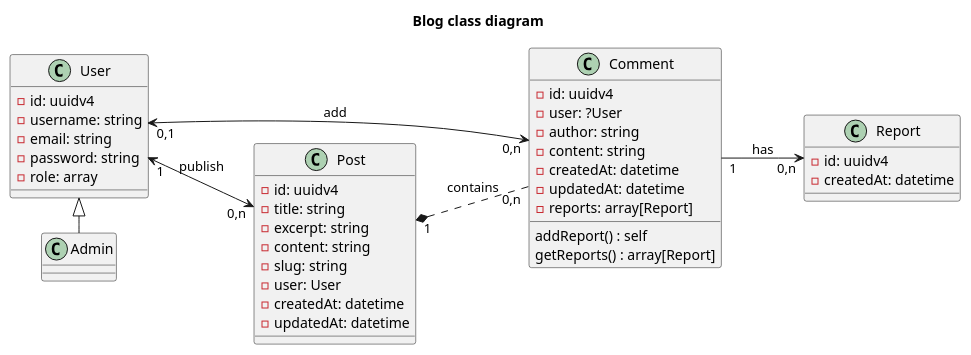
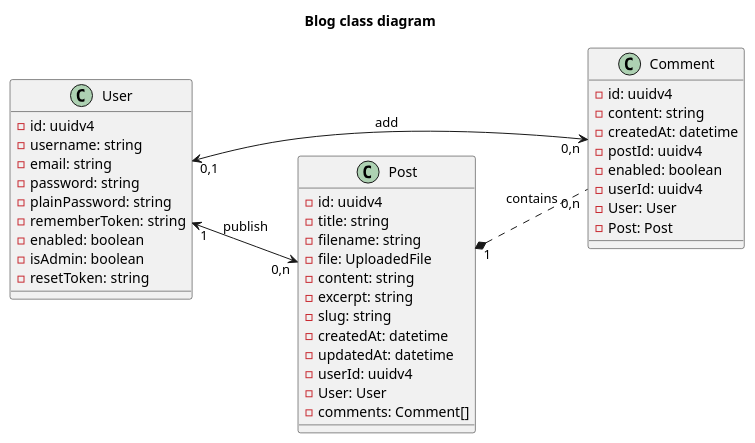
One commit to acecconato/AnthonyCecconato_5_18102021 changed the diagram in docs/puml/class/blog.puml. Above: the diagram before and after it, drawn with PlantUML. The commit also changed 46 other files, not shown here.

```diff
--- a/docs/puml/class/blog.puml
+++ b/docs/puml/class/blog.puml
@@ -1,57 +1,52 @@
 @startuml
 left to right direction
 
 title Blog class diagram
 
 class Comment {
     - id: uuidv4
-    - user: ?User
-    - author: string
     - content: string
     - createdAt: datetime
-    - updatedAt: datetime
-    - reports: array[Report]
-
-    addReport() : self
-    getReports() : array[Report]
-}
-
-class Admin {
-
+    - postId: uuidv4
+    - enabled: boolean
+    - userId: uuidv4
+    - User: User
+    - Post: Post
 }
 
 class User {
     - id: uuidv4
     - username: string
     - email: string
     - password: string
-    - role: array
+    - plainPassword: string
+    - rememberToken: string
+    - enabled: boolean
+    - isAdmin: boolean
+    - resetToken: string
 }
 
 class Post {
     - id: uuidv4
     - title: string
+    - filename: string
+    - file: UploadedFile
+    - content: string
     - excerpt: string
-    - content: string 
-    - slug: string 
-    - user: User
+    - slug: string
     - createdAt: datetime
     - updatedAt: datetime
+    - userId: uuidv4
+    - User: User
+    - comments: Comment[]
 }
 
-class Report {
-    - id: uuidv4
-    - createdAt: datetime
-}
 
 ' Relations
-User <|- Admin
-
-Comment "1" --> "0,n" Report : has
 
 Post "1" *.. "0,n" Comment : contains
 
 User "1" <--> "0,n" Post : publish
 User "0,1" <--> "0,n" Comment : add
 
 @enduml
```
